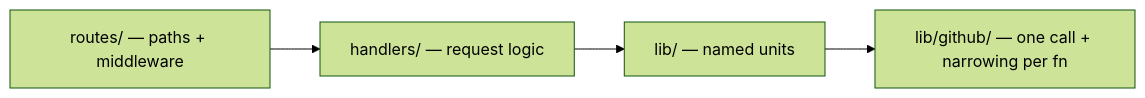
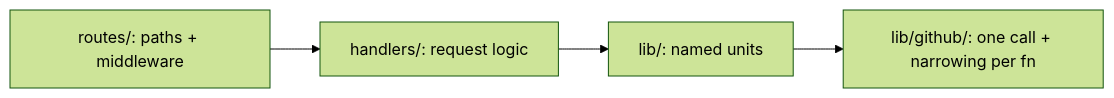
Before and after one commit to Ovich/charrette: the third of 12 diagrams in general/write-diagrams/diagrams.md, drawn with Mermaid (forest theme). The commit also changed other lines of this file and 15 other files, not shown here.

````diff
--- a/general/write-diagrams/diagrams.md
+++ b/general/write-diagrams/diagrams.md
@@ -85,6 +85,6 @@
 ```mermaid
 flowchart LR
-    routes["routes/ — paths + middleware"] --> handlers["handlers/ — request logic"]
-    handlers --> lib["lib/ — named units"]
-    lib --> ghlib["lib/github/ — one call + narrowing per fn"]
+    routes["routes/: paths + middleware"] --> handlers["handlers/: request logic"]
+    handlers --> lib["lib/: named units"]
+    lib --> ghlib["lib/github/: one call + narrowing per fn"]
 ```
````
